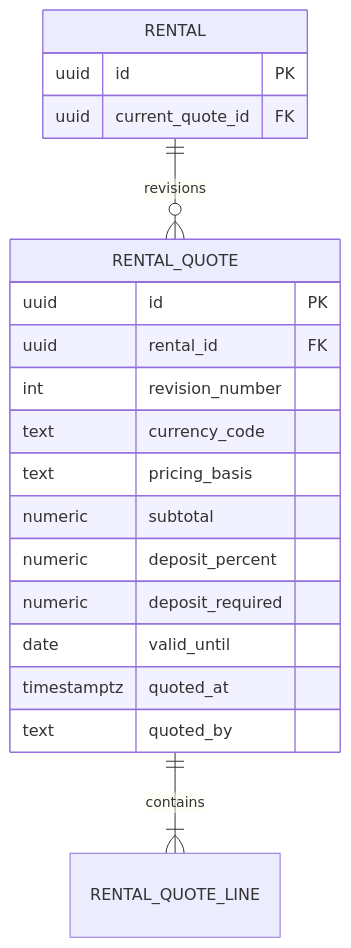
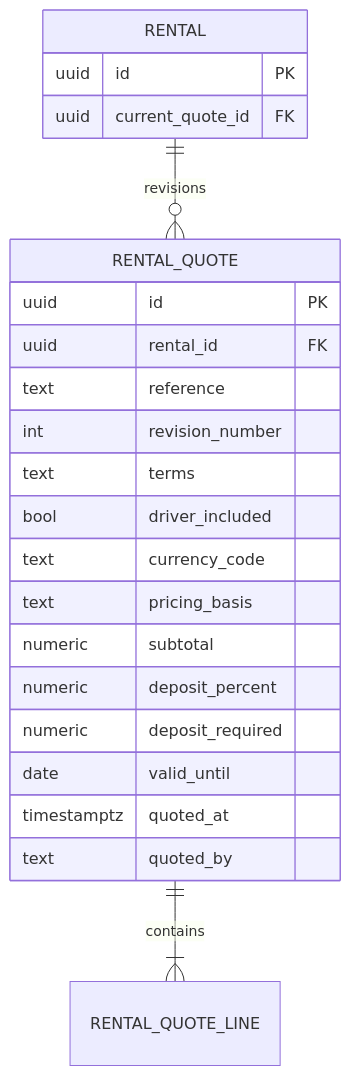
Before and after one commit to iwani1/Richie-RTS-: the fourth of 6 diagrams in docs/ERD.md, drawn with Mermaid. The commit also changed other lines of this file and 47 other files, not shown here.

````diff
--- a/docs/ERD.md
+++ b/docs/ERD.md
@@ -394,22 +394,25 @@
 ```mermaid
 erDiagram
   RENTAL ||--o{ RENTAL_QUOTE : revisions
   RENTAL_QUOTE ||--|{ RENTAL_QUOTE_LINE : contains
   RENTAL {
     uuid id PK
     uuid current_quote_id FK
   }
   RENTAL_QUOTE {
     uuid id PK
     uuid rental_id FK
+    text reference
     int revision_number
+    text terms
+    bool driver_included
     text currency_code
     text pricing_basis
     numeric subtotal
     numeric deposit_percent
     numeric deposit_required
     date valid_until
     timestamptz quoted_at
     text quoted_by
   }
 ```
````
